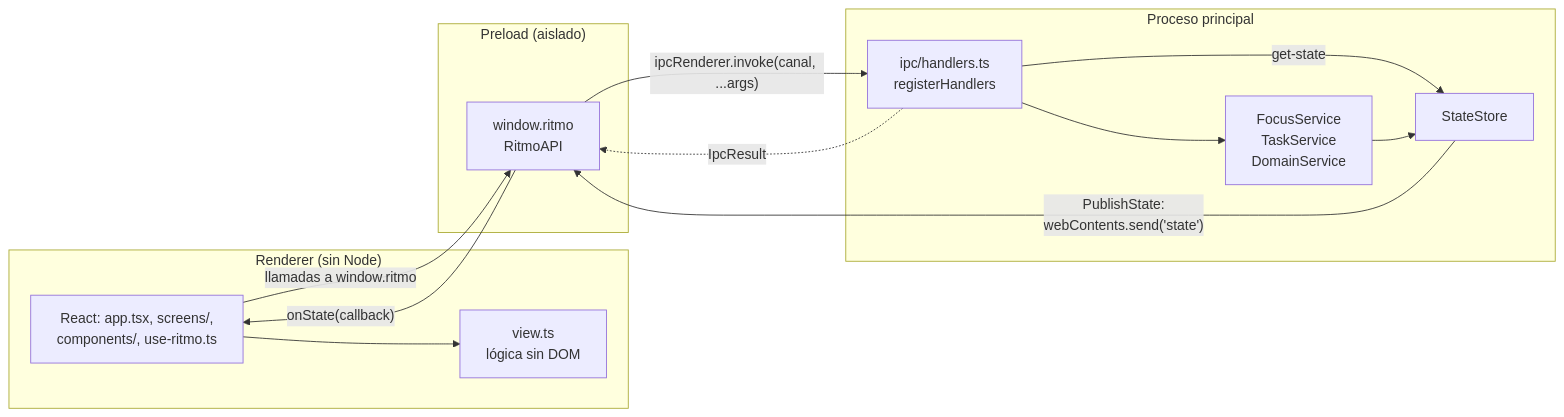
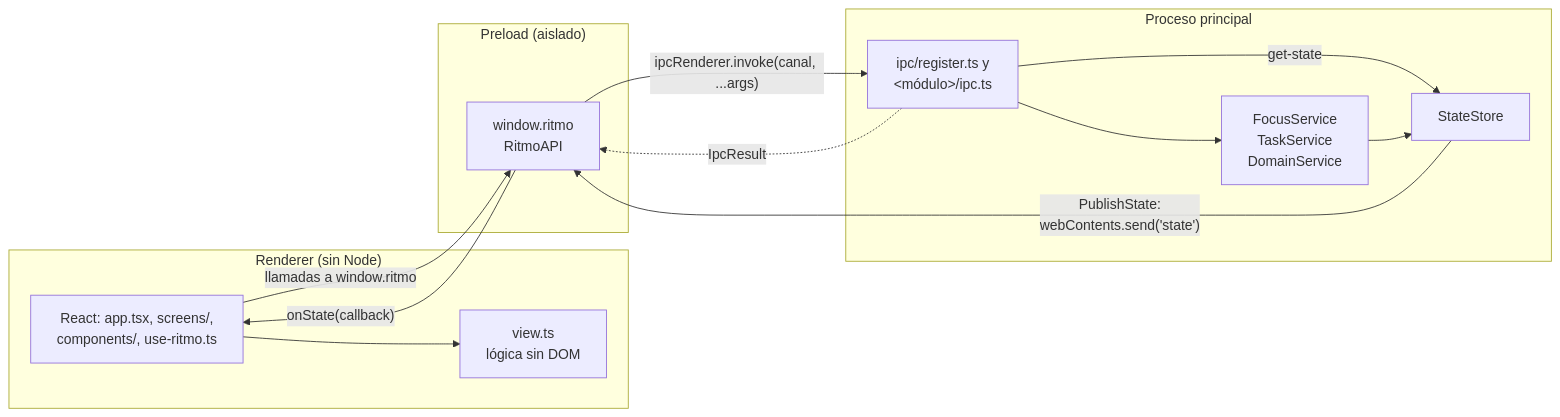
One commit to DevJuan95/ritmo changed the first of 13 diagrams in docs/arquitectura.md. Above: the diagram before and after it, drawn with Mermaid. The commit also changed other lines of this file and 19 other files, not shown here.

First line of the commit message:
Divide los manejadores IPC en un ipc.ts por módulo

````diff
--- a/docs/arquitectura.md
+++ b/docs/arquitectura.md
@@ -11,27 +11,27 @@
 ```mermaid
 flowchart LR
   subgraph renderer["Renderer (sin Node)"]
     ui["React: app.tsx, screens/,<br/>components/, use-ritmo.ts"]
     view["view.ts<br/>lógica sin DOM"]
     ui --> view
   end
 
   subgraph preload["Preload (aislado)"]
     api["window.ritmo<br/>RitmoAPI"]
   end
 
   subgraph main["Proceso principal"]
-    ipc["ipc/handlers.ts<br/>registerHandlers"]
+    ipc["ipc/register.ts y<br/>&lt;módulo&gt;/ipc.ts"]
     services["FocusService<br/>TaskService<br/>DomainService"]
     store["StateStore"]
     ipc --> services
     ipc -- "get-state" --> store
     services --> store
   end
 
   ui -- "llamadas a window.ritmo" --> api
   api -- "ipcRenderer.invoke(canal, ...args)" --> ipc
   ipc -. "IpcResult" .-> api
   store -- "PublishState:<br/>webContents.send('state')" --> api
   api -- "onState(callback)" --> ui
 ```
````
